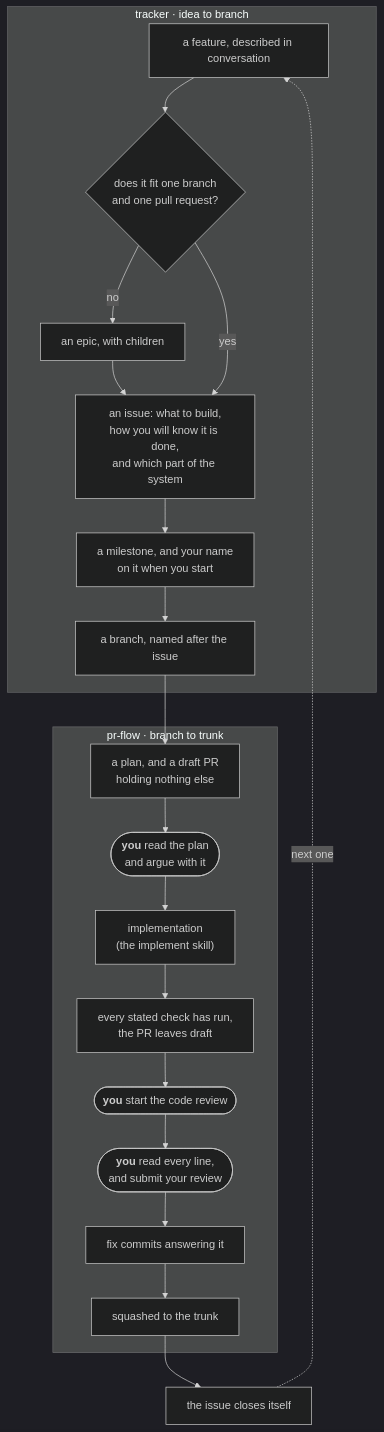
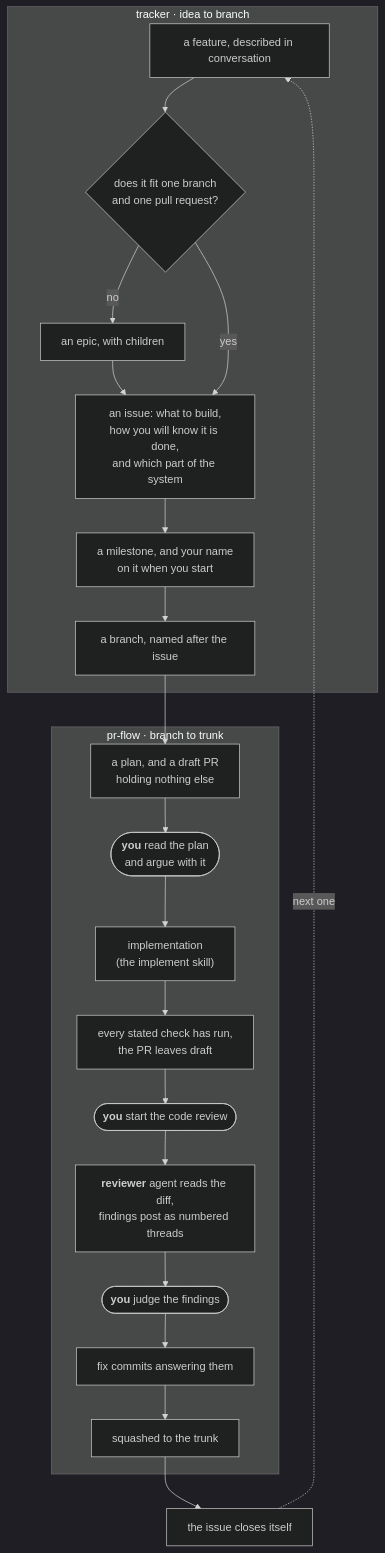
One commit to izkreny/agentifico changed the diagram in plugins/gh-solo/skills/tracker/README.md. Above: the diagram before and after it, drawn with Mermaid (dark theme). The commit also changed 7 other files, not shown here.

````diff
--- a/plugins/gh-solo/skills/tracker/README.md
+++ b/plugins/gh-solo/skills/tracker/README.md
@@ -26,25 +26,26 @@
 ```mermaid
 flowchart TD
     subgraph tracker["tracker · idea to branch"]
         A["a feature, described in conversation"] --> B{"does it fit one branch<br/>and one pull request?"}
         B -->|"no"| C["an epic, with children"]
         C --> D["an issue: what to build,<br/>how you will know it is done,<br/>and which part of the system"]
         B -->|"yes"| D
         D --> E["a milestone, and your name<br/>on it when you start"]
         E --> F["a branch, named after the issue"]
     end
 
     subgraph prflow["pr-flow · branch to trunk"]
         F --> G["a plan, and a draft PR<br/>holding nothing else"]
         G --> STOP(["<b>you</b> read the plan<br/>and argue with it"])
         STOP --> H["implementation<br/>(the implement skill)"]
         H --> I["every stated check has run,<br/>the PR leaves draft"]
         I --> J(["<b>you</b> start the code review"])
-        J --> K(["<b>you</b> read every line,<br/>and submit your review"])
-        K --> L["fix commits answering it"]
+        J --> K["<b>reviewer</b> agent reads the diff,<br/>findings post as numbered threads"]
+        K --> K2(["<b>you</b> judge the findings"])
+        K2 --> L["fix commits answering them"]
         L --> M["squashed to the trunk"]
     end
 
     M --> N["the issue closes itself"]
     N -.->|"next one"| A
 ```
````
